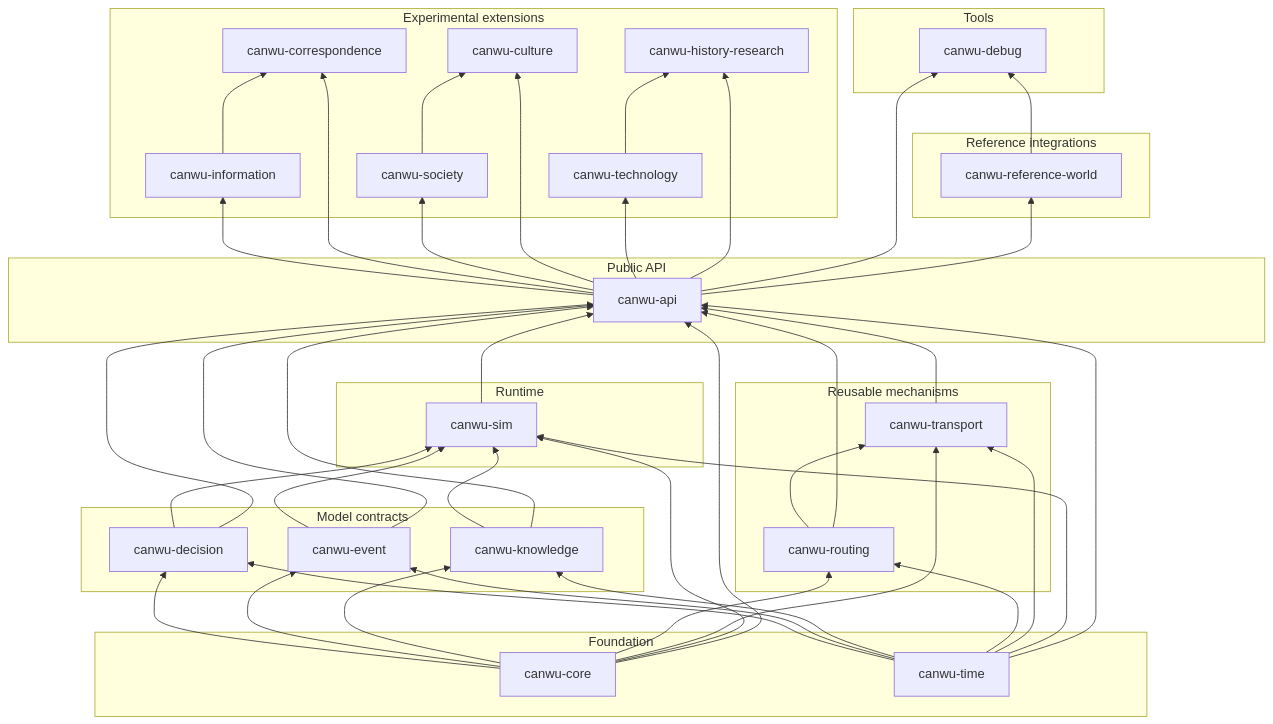
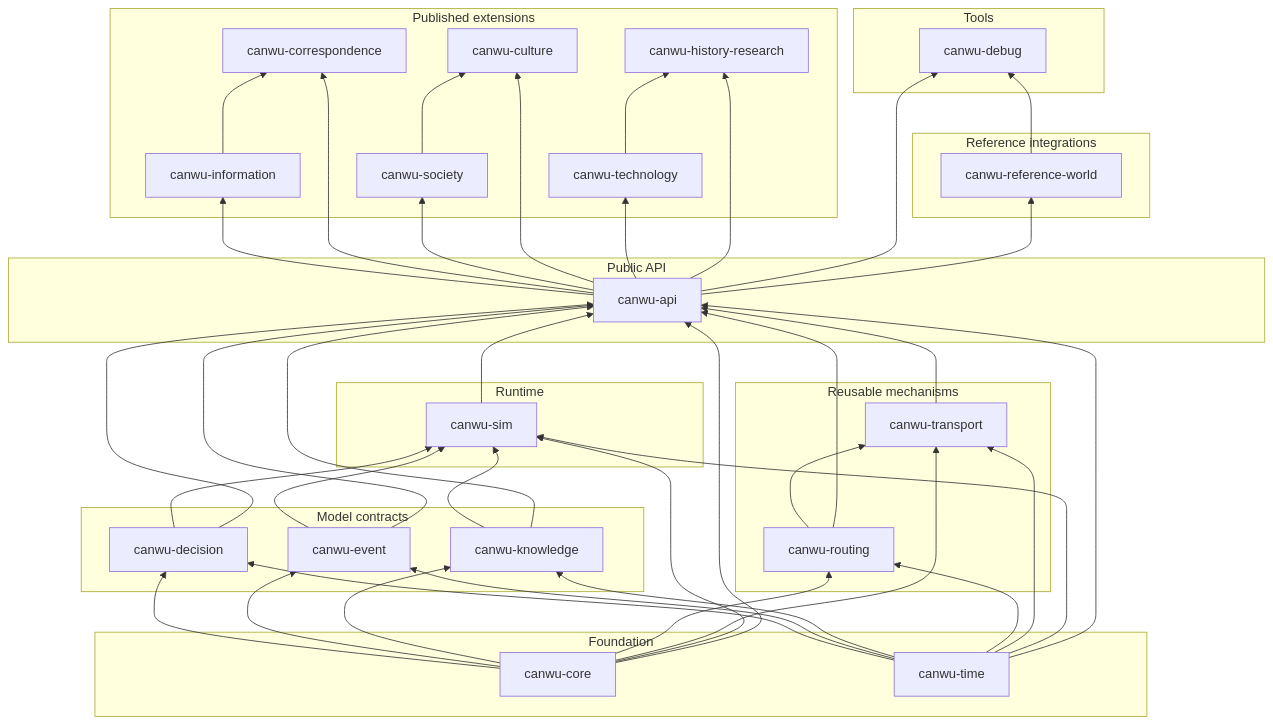
The diagram in crates/README.md (PeiyuanQi/canwu), drawn with Mermaid before and after one commit. The commit also changed other lines of this file and 53 other files, not shown here.

```diff
--- a/crates/README.md
+++ b/crates/README.md
@@ -40,7 +40,7 @@
     subgraph integrations["Reference integrations"]
         reference_world
     end
-    subgraph extensions["Experimental extensions"]
+    subgraph extensions["Published extensions"]
         information
         correspondence
         society
```
